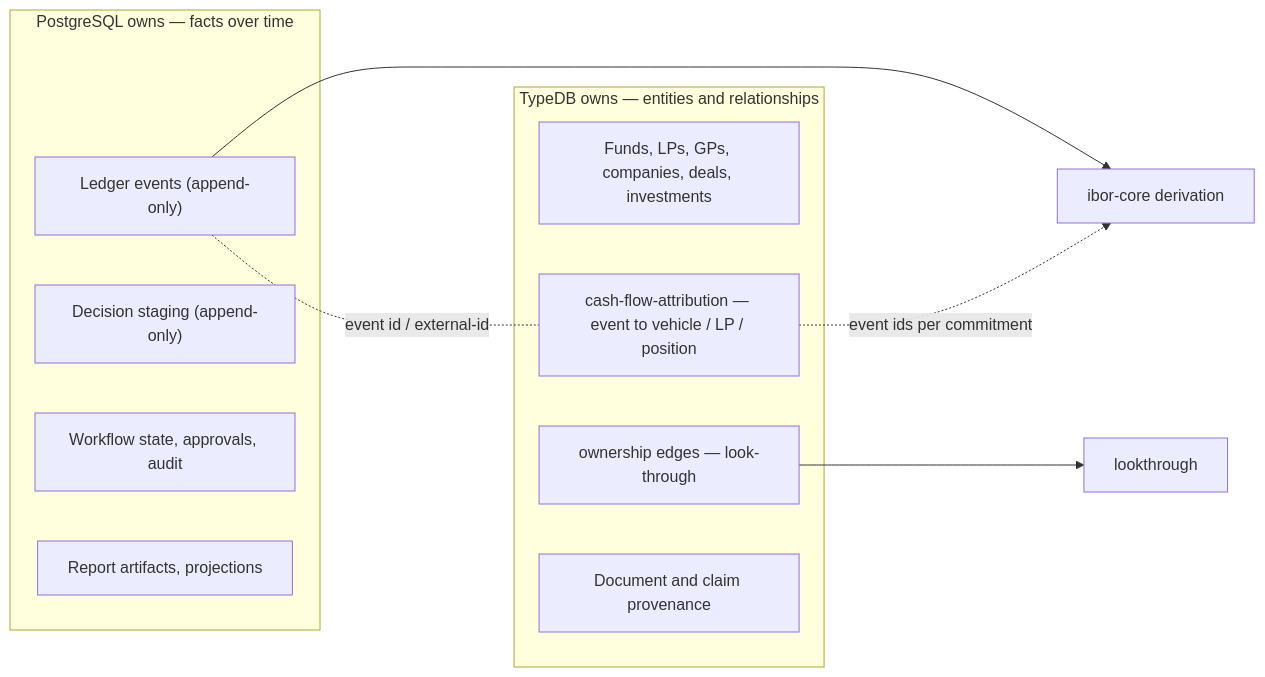
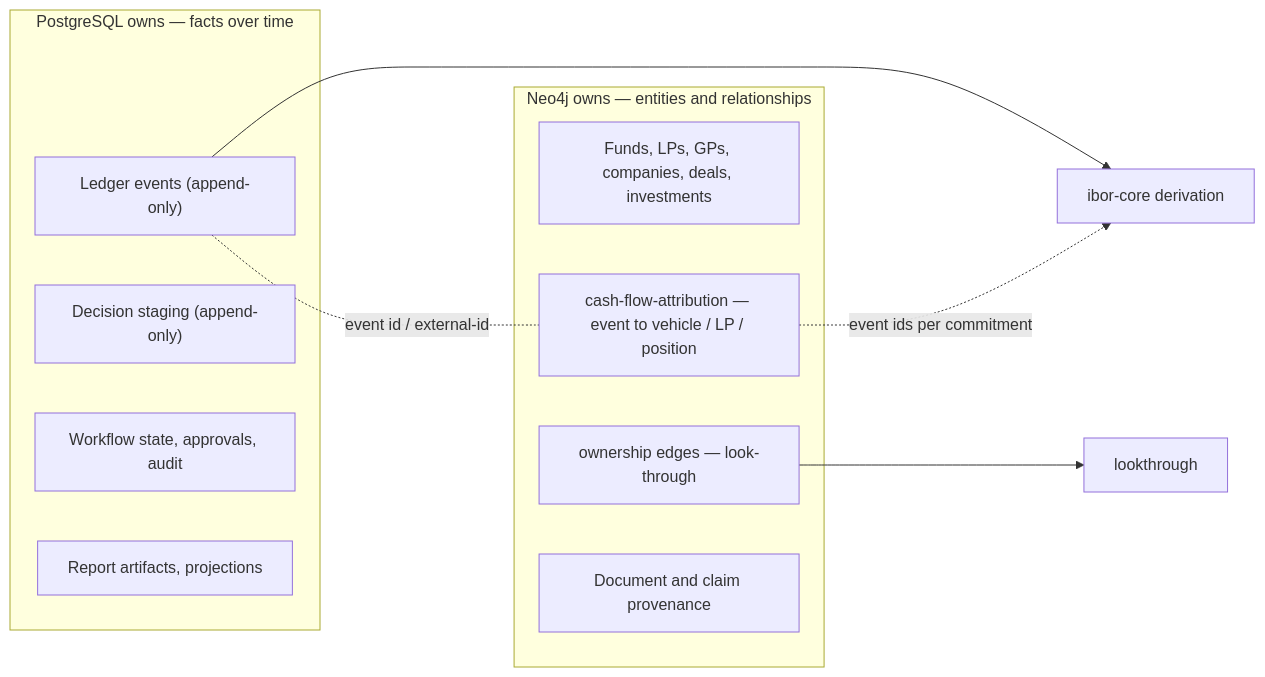
Before and after one commit to TANTIRA/OCTO: the third of 15 diagrams in docs/system-design.md, drawn with Mermaid. The commit also changed other lines of this file and 40 other files, not shown here.

First line of the commit message:
feat: Neo4j graph store — provisioning + Cypher schema of record (#190)

````diff
--- a/docs/system-design.md
+++ b/docs/system-design.md
@@ -132,19 +132,19 @@
 ```mermaid
 flowchart LR
   subgraph PGO["PostgreSQL owns — facts over time"]
     L["Ledger events (append-only)"]
     D["Decision staging (append-only)"]
     W["Workflow state, approvals, audit"]
     R["Report artifacts, projections"]
   end
-  subgraph TDO["TypeDB owns — entities and relationships"]
+  subgraph TDO["Neo4j owns — entities and relationships"]
     E["Funds, LPs, GPs, companies, deals, investments"]
     A["cash-flow-attribution — event to vehicle / LP / position"]
     O["ownership edges — look-through"]
     P["Document and claim provenance"]
   end
   L -.-|"event id / external-id"| A
   A -.->|"event ids per commitment"| DER["ibor-core derivation"]
   L --> DER
   O --> LTX["lookthrough"]
 ```
````
